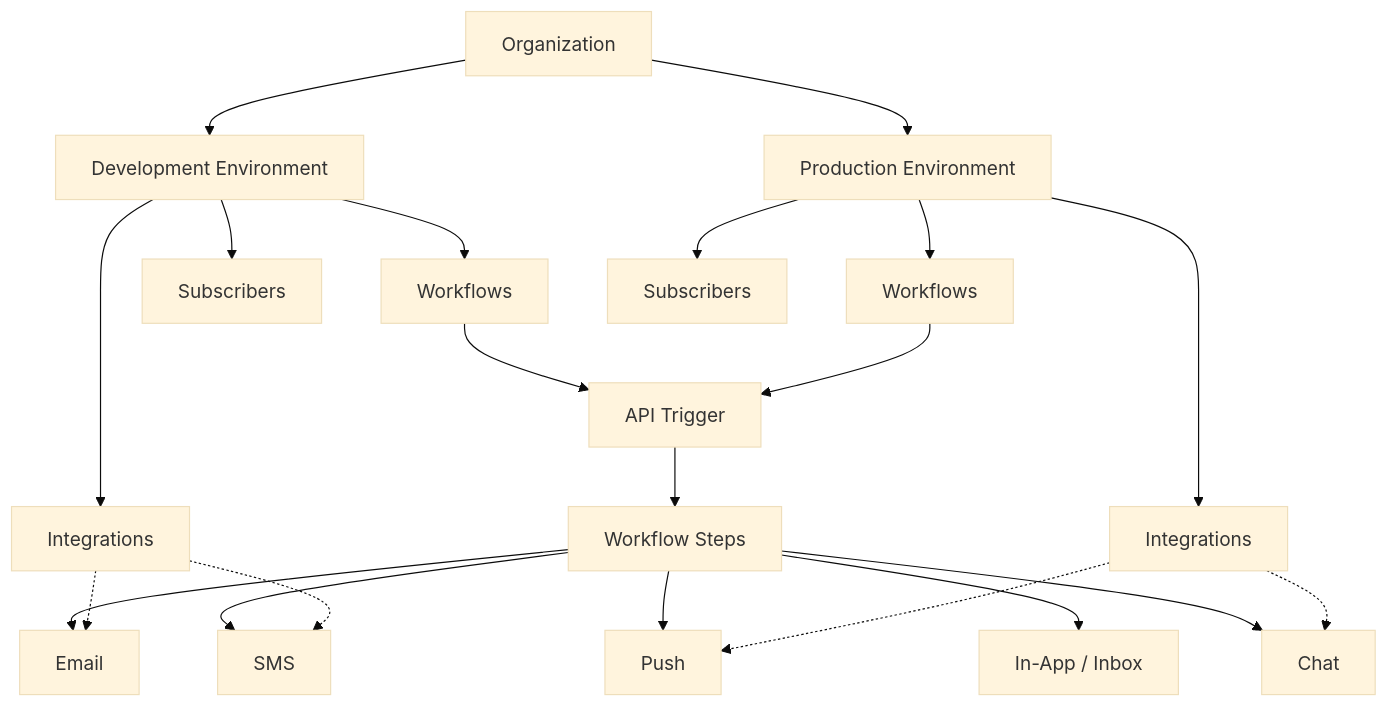
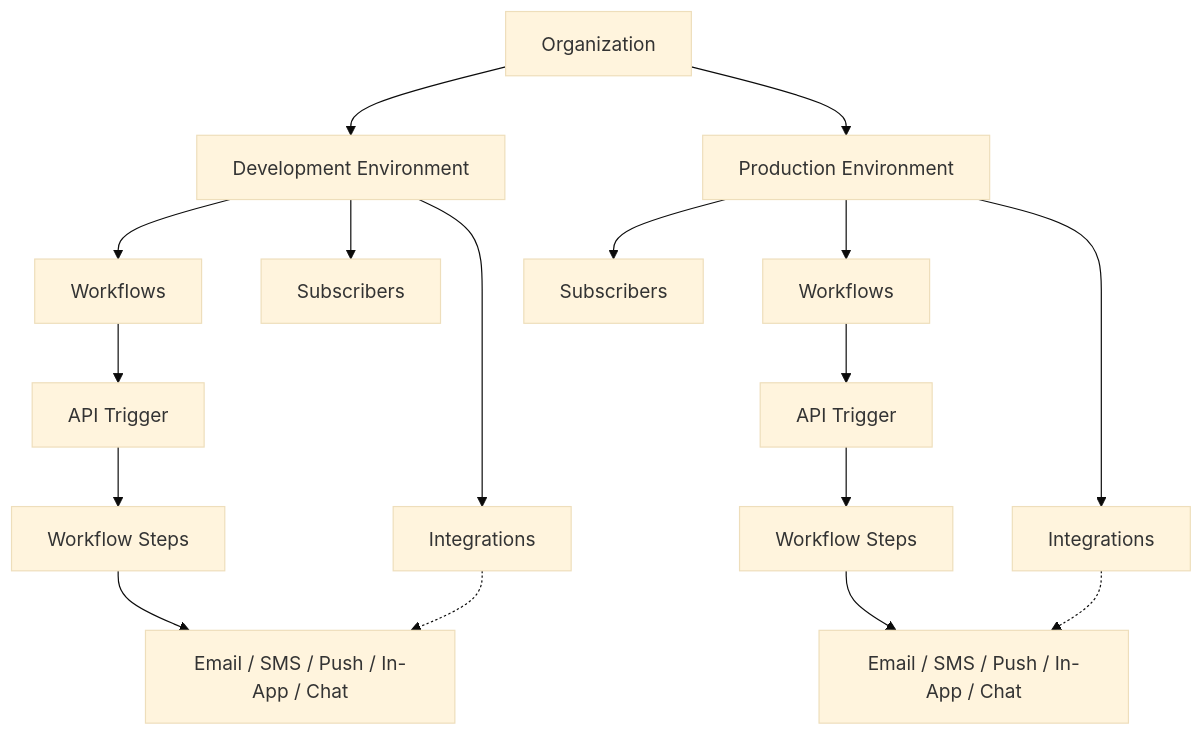
The diagram in docs/platform/how-novu-works.mdx (novuhq/novu), drawn with Mermaid (base theme) before and after one commit. The commit also changed 1 other file, not shown here.

Commit message:
docs(docs): address Greptile review on architecture diagram and callouts fixes DOC-367
Give each environment its own API trigger in the Mermaid diagram and convert
remaining inline Warning/Notes blocks in data-migrations to Mintlify callouts.

````diff
--- a/docs/platform/how-novu-works.mdx
+++ b/docs/platform/how-novu-works.mdx
@@ -28,23 +28,21 @@
 ```mermaid
 flowchart TB
     org[Organization] --> devEnv[Development Environment]
     org --> prodEnv[Production Environment]
+
     devEnv --> devWorkflows[Workflows]
     devEnv --> devSubscribers[Subscribers]
     devEnv --> devIntegrations[Integrations]
+    devWorkflows --> devTrigger[API Trigger]
+    devTrigger --> devSteps[Workflow Steps]
+    devSteps --> devChannels[Email / SMS / Push / In-App / Chat]
+    devIntegrations -.-> devChannels
+
     prodEnv --> prodWorkflows[Workflows]
     prodEnv --> prodSubscribers[Subscribers]
     prodEnv --> prodIntegrations[Integrations]
-    devWorkflows --> trigger[API Trigger]
-    prodWorkflows --> trigger
-    trigger --> steps[Workflow Steps]
-    steps --> email[Email]
-    steps --> sms[SMS]
-    steps --> push[Push]
-    steps --> inApp[In-App / Inbox]
-    steps --> chat[Chat]
-    devIntegrations -.-> email
-    devIntegrations -.-> sms
-    prodIntegrations -.-> push
-    prodIntegrations -.-> chat
+    prodWorkflows --> prodTrigger[API Trigger]
+    prodTrigger --> prodSteps[Workflow Steps]
+    prodSteps --> prodChannels[Email / SMS / Push / In-App / Chat]
+    prodIntegrations -.-> prodChannels
 ```
````
